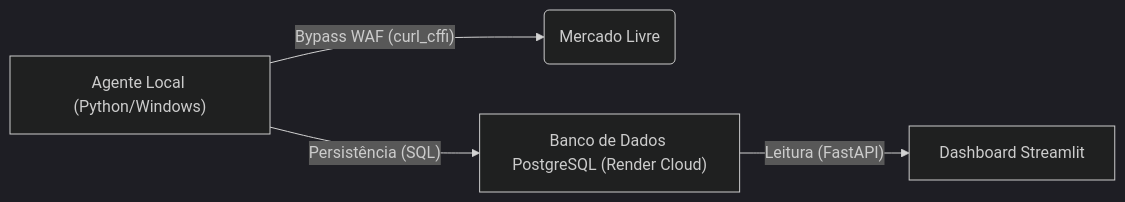
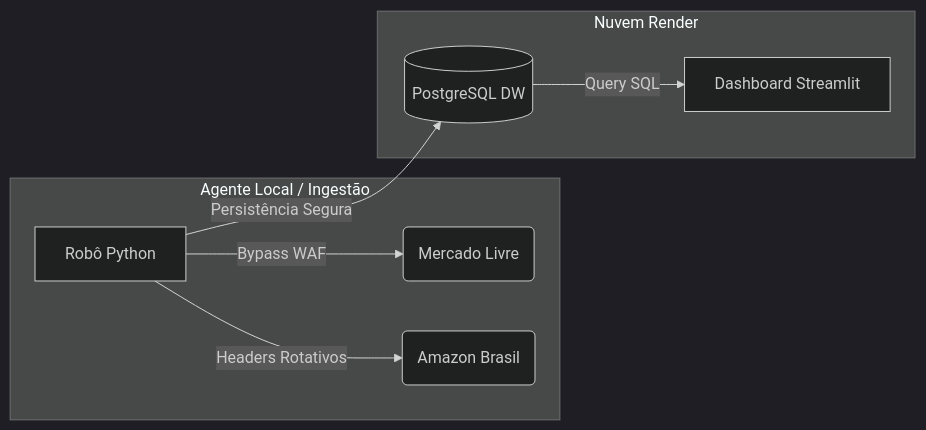
The diagram in README.md (KelvinSousaDev/vigilante-de-precos), drawn with Mermaid (dark theme) before and after one commit. The commit also changed other lines of this file and 1 other file, not shown here.

````diff
--- a/README.md
+++ b/README.md
@@ -11,6 +20,12 @@
 ```mermaid
 graph LR
-    A["Agente Local (Python/Windows)"] -->|"Bypass WAF (curl_cffi)"| B("Mercado Livre")
-    A -->|"Persistência (SQL)"| C["Banco de Dados PostgreSQL (Render Cloud)"]
-    C -->|"Leitura (FastAPI)"| D["Dashboard Streamlit"]
+    subgraph Coleta [Agente Local / Ingestão]
+    A[Robô Python] -->|Bypass WAF| B(Mercado Livre)
+    A -->|Headers Rotativos| C(Amazon Brasil)
+    end
+
+    subgraph Cloud [Nuvem Render]
+    A -->|Persistência Segura| D[(PostgreSQL DW)]
+    D -->|Query SQL| E[Dashboard Streamlit]
+    end
 ```
````
